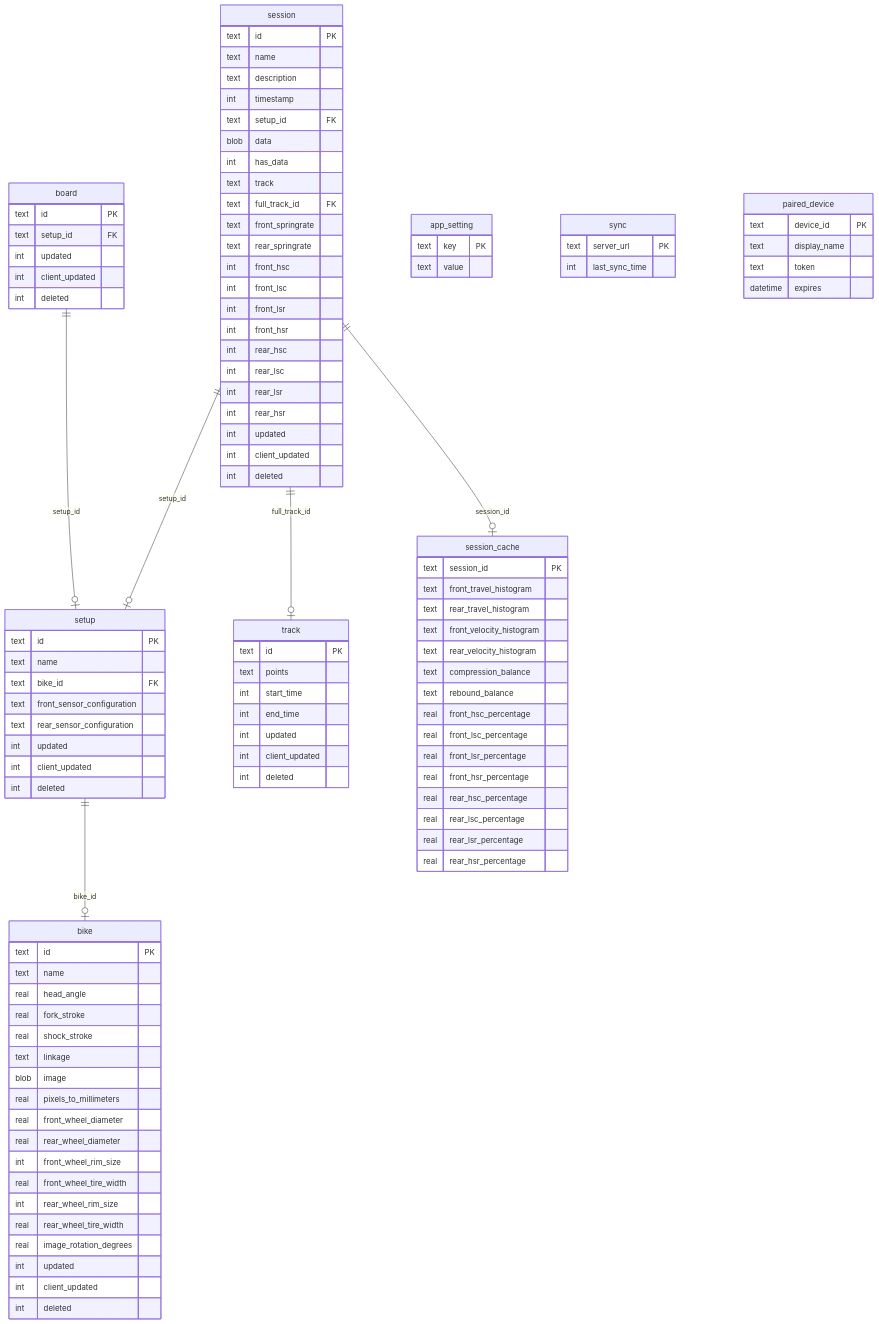
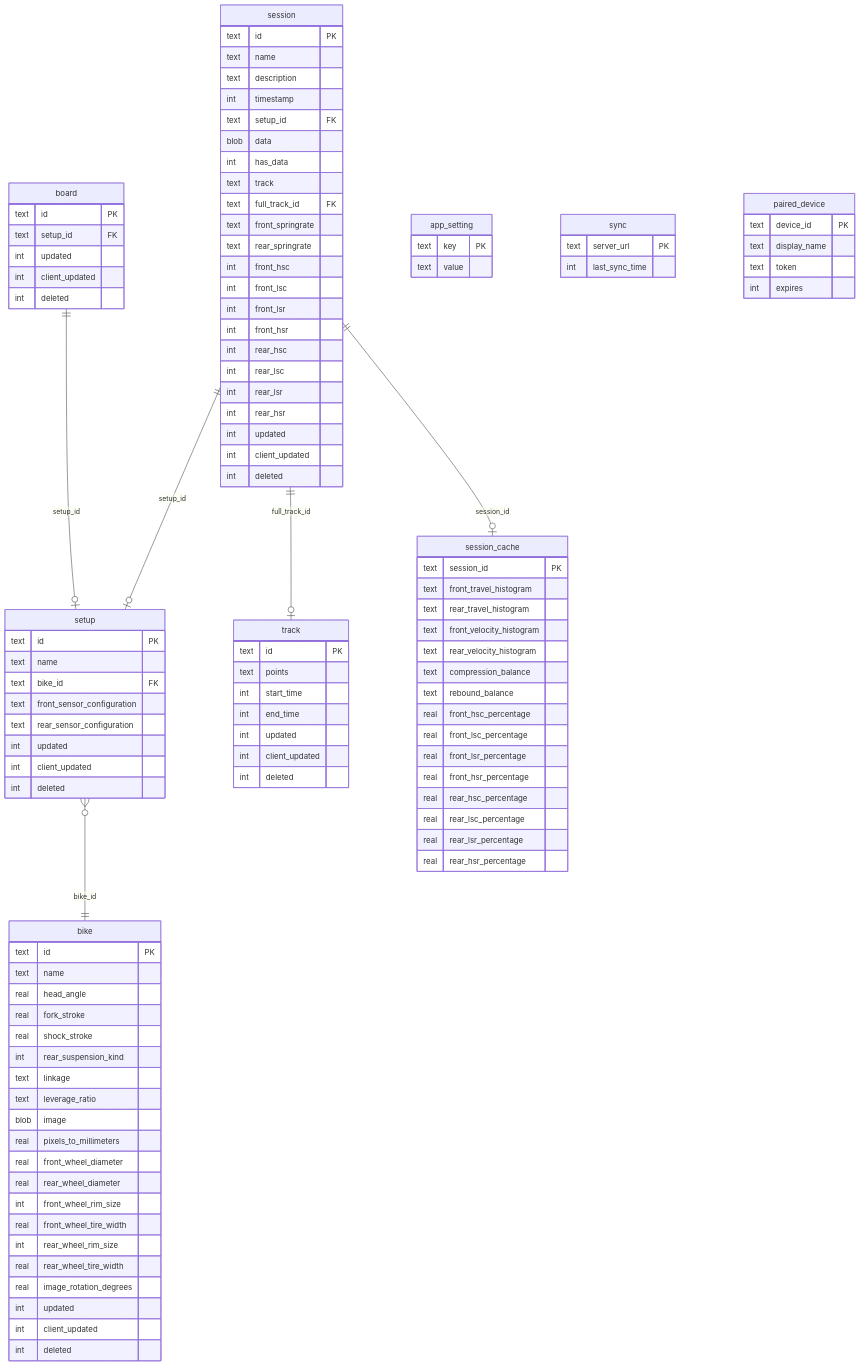
The diagram in docs/architecture/persistence.md (MoridinBG/Sufni.app), drawn with Mermaid before and after one commit. The commit also changed other lines of this file and 5 other files, not shown here.

````diff
--- a/docs/architecture/persistence.md
+++ b/docs/architecture/persistence.md
@@ -9,7 +9,7 @@
     session ||--o| setup : "setup_id"
     session ||--o| track : "full_track_id"
     session ||--o| session_cache : "session_id"
-    setup ||--o| bike : "bike_id"
+    setup }o--|| bike : "bike_id"
     board ||--o| setup : "setup_id"
 
     session {
@@ -43,7 +43,9 @@
         real head_angle
         real fork_stroke
         real shock_stroke
+        int rear_suspension_kind
         text linkage
+        text leverage_ratio
         blob image
         real pixels_to_millimeters
         real front_wheel_diameter
@@ -119,6 +121,6 @@
         text device_id PK
         text display_name
         text token
-        datetime expires
+        int expires
     }
 ```
````
